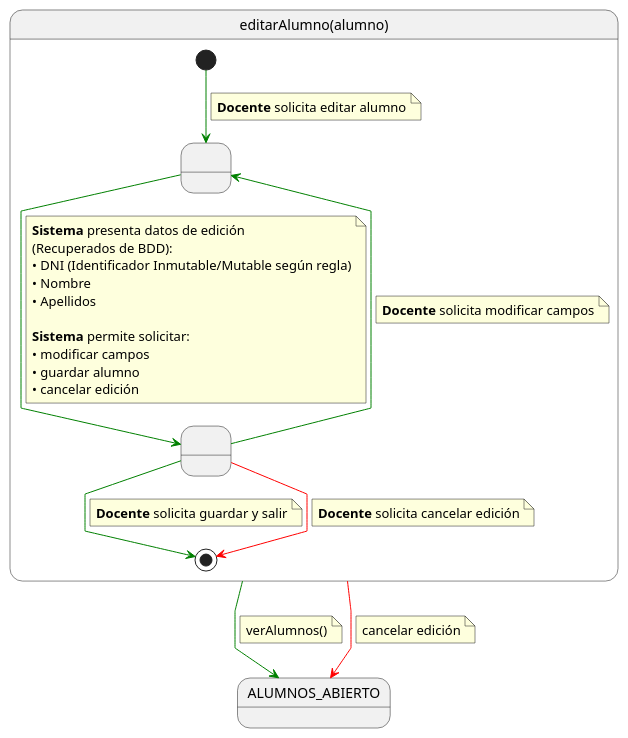
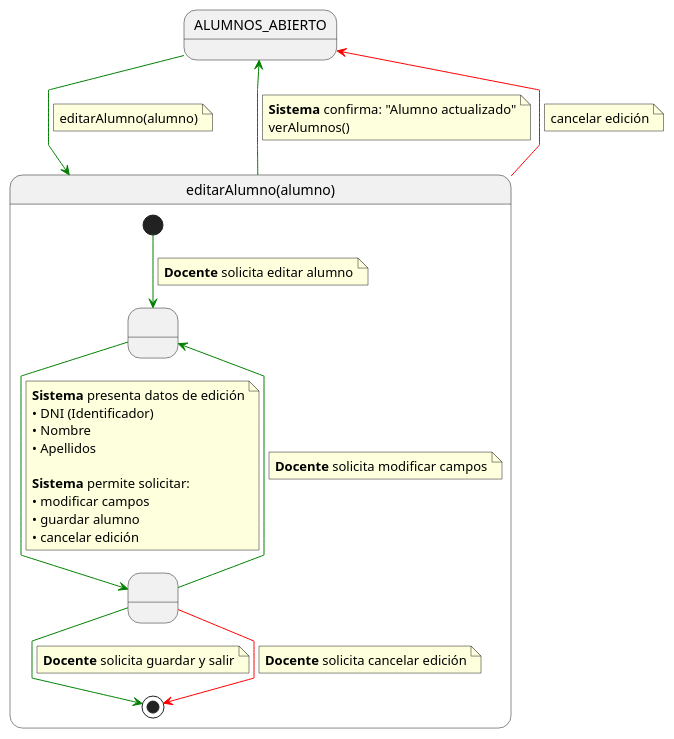
Before and after one commit to martinlopez7/25-26-IdSw1-SdR: the diagram in documents/casos-de-uso/detalladoCasosDeUso/editarAlumno/editarAlumno.puml, drawn with PlantUML. The commit also changed 13 other files, not shown here.

```diff
--- a/documents/casos-de-uso/detalladoCasosDeUso/editarAlumno/editarAlumno.puml
+++ b/documents/casos-de-uso/detalladoCasosDeUso/editarAlumno/editarAlumno.puml
@@ -1,58 +1,70 @@
 @startuml
 skinparam linetype polyline
 
+' 1. ESTADO PREVIO (Contexto de origen)
+state ALUMNOS_ABIERTO
+
+' 2. ENTRADA AL CASO DE USO
+ALUMNOS_ABIERTO -[#green]-> editarAlumno
+note on link
+editarAlumno(alumno)
+end note
+
+' 3. DETALLE DEL PROCESO
 state editarAlumno as "editarAlumno(alumno)" {
 
     state " " as EditandoDatos
     state " " as GuardandoDatos 
 
     [*] -[#green]-> EditandoDatos 
     note on link
     <b>Docente</b> solicita editar alumno
     end note    
     
     EditandoDatos -[#green]-> GuardandoDatos
     note on link
     <b>Sistema</b> presenta datos de edición
-    (Recuperados de BDD):
-    • DNI (Identificador Inmutable/Mutable según regla)
+    • DNI (Identificador)
     • Nombre
     • Apellidos
     
     <b>Sistema</b> permite solicitar:
     • modificar campos
     • guardar alumno
     • cancelar edición
     end note
     
-    ' El ciclo de modificación (Patrón Interactivo)
+    ' Ciclo de modificación
     GuardandoDatos -[#green]-> EditandoDatos
     note on link
     <b>Docente</b> solicita modificar campos
     end note
     
-    ' Salida Exitosa
+    ' Salida Exitosa (Interna)
     GuardandoDatos -[#green]-> [*]
     note on link
     <b>Docente</b> solicita guardar y salir
     end note
 
     ' Salida Cancelada (Interna)
     GuardandoDatos -[#red]-> [*]
     note on link
     <b>Docente</b> solicita cancelar edición
     end note
-
 }
 
-' Salidas Externas
+' 4. SALIDAS EXTERNAS
+
+' Salida Exitosa con CONFIRMACIÓN (Lo que faltaba)
 editarAlumno -[#green]-> ALUMNOS_ABIERTO
 note on link
+<b>Sistema</b> confirma: "Alumno actualizado"
 verAlumnos()
 end note
 
+' Salida Cancelada
 editarAlumno -[#red]-> ALUMNOS_ABIERTO
 note on link
 cancelar edición
 end note
 @enduml
```
